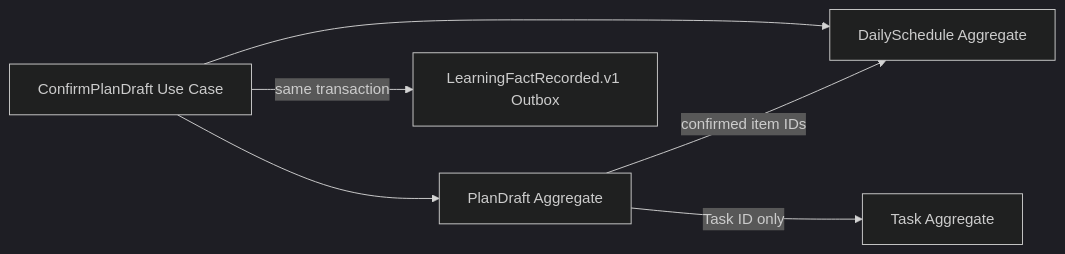
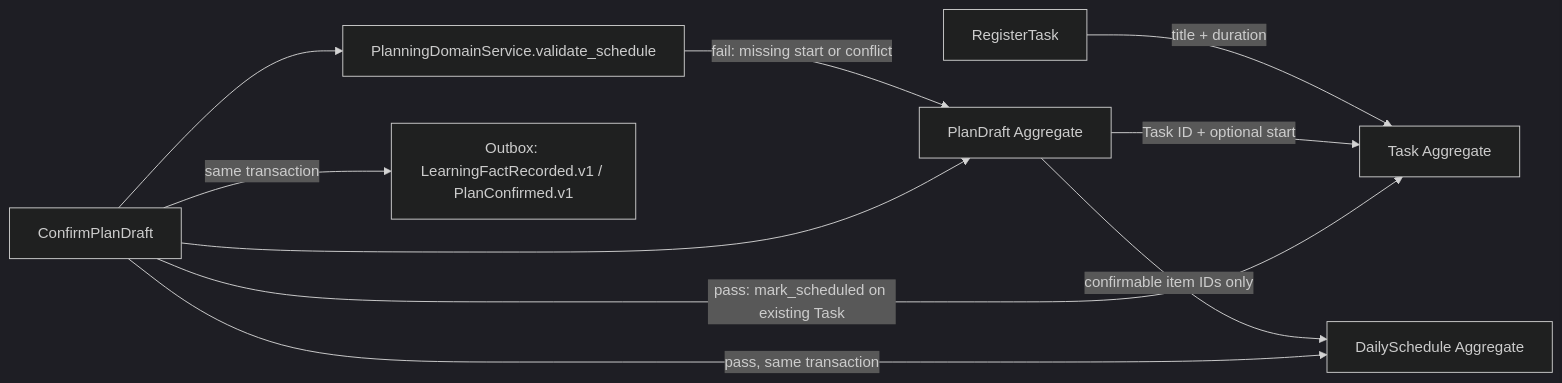
The second of 9 diagrams in docs/technical/domain-planning.md (johanchow/duxue), drawn with Mermaid (dark theme) before and after one commit. The commit also changed other lines of this file and 36 other files, not shown here.

````diff
--- a/docs/technical/domain-planning.md
+++ b/docs/technical/domain-planning.md
@@ -45,8 +47,12 @@
 ```mermaid
 flowchart LR
-    PD[PlanDraft Aggregate] -->|confirmed item IDs| DS[DailySchedule Aggregate]
-    PD -->|Task ID only| TK[Task Aggregate]
-    CP[ConfirmPlanDraft Use Case] --> PD
-    CP --> DS
-    CP -->|same transaction| OB[LearningFactRecorded.v1 Outbox]
+    RT[RegisterTask] -->|title + duration| TK[Task Aggregate]
+    PD[PlanDraft Aggregate] -->|Task ID + optional start| TK
+    PD -->|confirmable item IDs only| DS[DailySchedule Aggregate]
+    UC[ConfirmPlanDraft] --> DSG[PlanningDomainService.validate_schedule]
+    DSG -->|fail: missing start or conflict| PD
+    UC --> PD
+    UC -->|pass: mark_scheduled on existing Task| TK
+    UC -->|pass, same transaction| DS
+    UC -->|same transaction| OB[Outbox: LearningFactRecorded.v1 / PlanConfirmed.v1]
 ```
````
